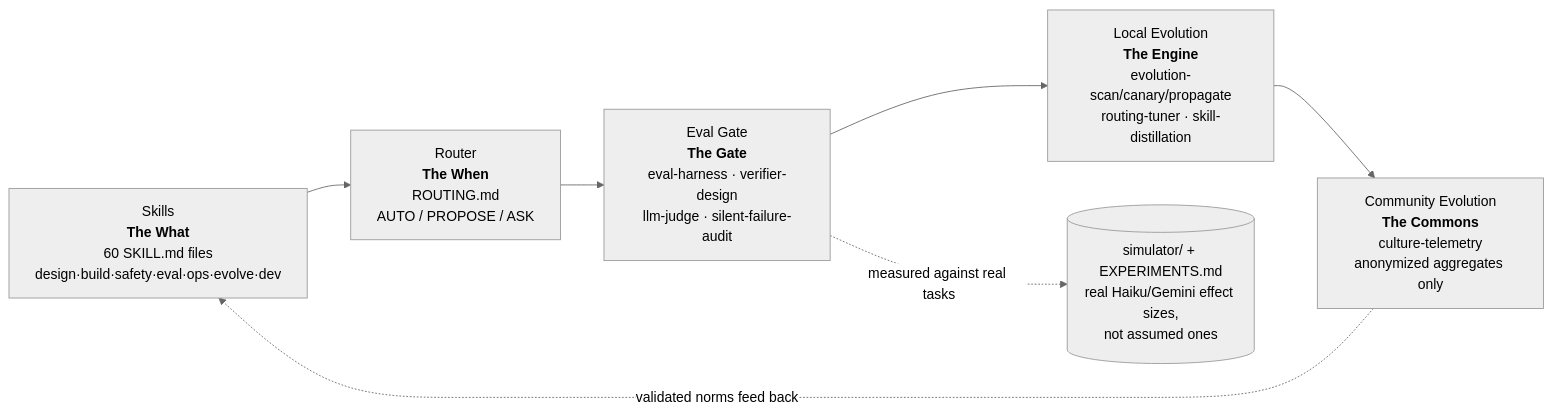
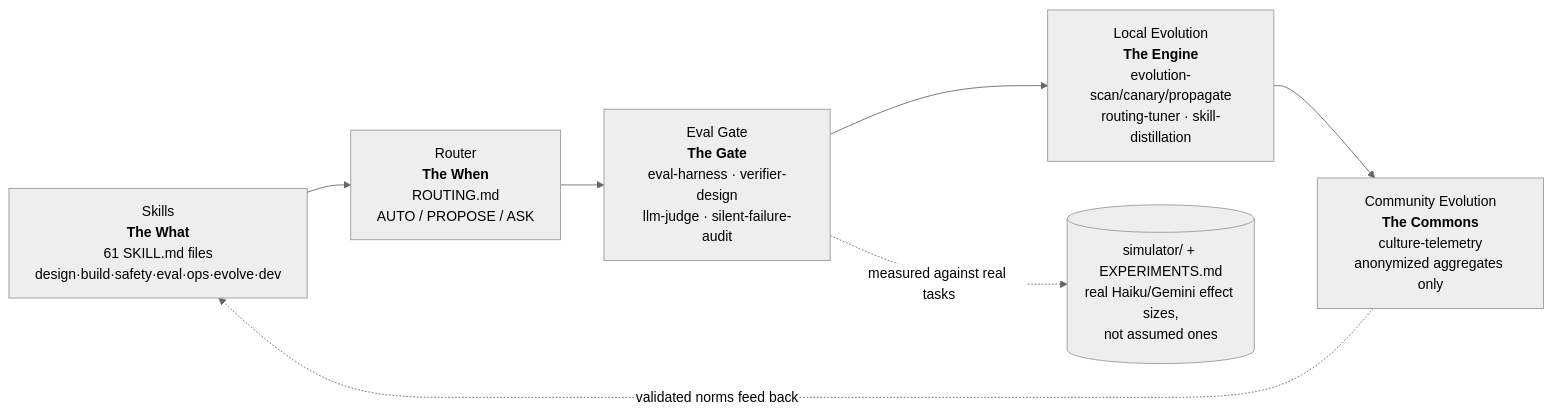
The diagram in README.md (agulli/skills-evolve), drawn with Mermaid (neutral theme) before and after one commit. The commit also changed other lines of this file and 12 other files, not shown here.

````diff
--- a/README.md
+++ b/README.md
@@ -31,10 +31,10 @@
 ```mermaid
 graph LR
-    A["Skills<br/><b>The What</b><br/>60 SKILL.md files<br/>design·build·safety·eval·ops·evolve·dev"] --> B["Router<br/><b>The When</b><br/>ROUTING.md<br/>AUTO / PROPOSE / ASK"]
+    A["Skills<br/><b>The What</b><br/>61 SKILL.md files<br/>design·build·safety·eval·ops·evolve·dev"] --> B["Router<br/><b>The When</b><br/>ROUTING.md<br/>AUTO / PROPOSE / ASK"]
     B --> C["Eval Gate<br/><b>The Gate</b><br/>eval-harness · verifier-design<br/>llm-judge · silent-failure-audit"]
     C --> D["Local Evolution<br/><b>The Engine</b><br/>evolution-scan/canary/propagate<br/>routing-tuner · skill-distillation"]
     D --> E["Community Evolution<br/><b>The Commons</b><br/>culture-telemetry<br/>anonymized aggregates only"]
     E -.validated norms feed back.-> A
 
     C -.measured against real tasks.-> F[("simulator/ + EXPERIMENTS.md<br/>real Haiku/Gemini effect sizes,<br/>not assumed ones")]
 ```
````
